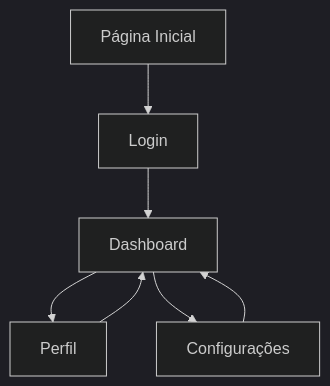
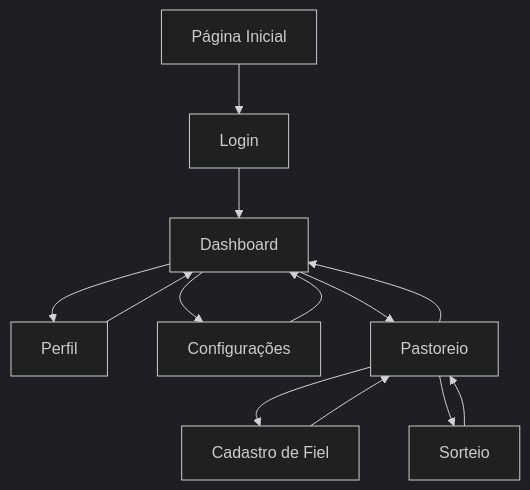
The diagram in .trae/documents/product-requirements.md (criverdim/siterccnovo), drawn with Mermaid (dark theme) before and after one commit. The commit also changed other lines of this file and 701 other files, not shown here.

````diff
--- a/.trae/documents/product-requirements.md
+++ b/.trae/documents/product-requirements.md
@@ -45,9 +60,15 @@
 ```mermaid
 graph TD
     A[Página Inicial] --> B[Login]
     B --> C[Dashboard]
     C --> D[Perfil]
     C --> E[Configurações]
+    C --> F[Pastoreio]
+    F --> G[Cadastro de Fiel]
+    F --> H[Sorteio]
     D --> C
     E --> C
+    F --> C
+    G --> F
+    H --> F
 ```
````
